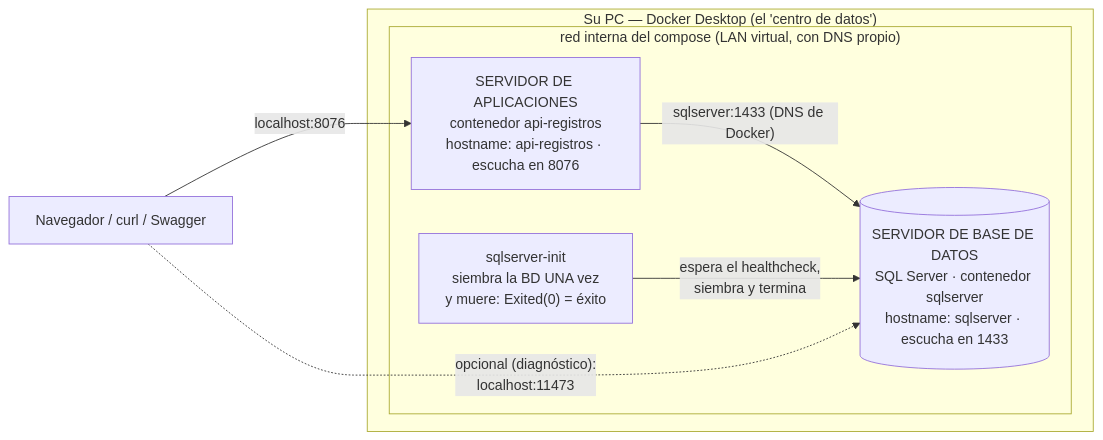
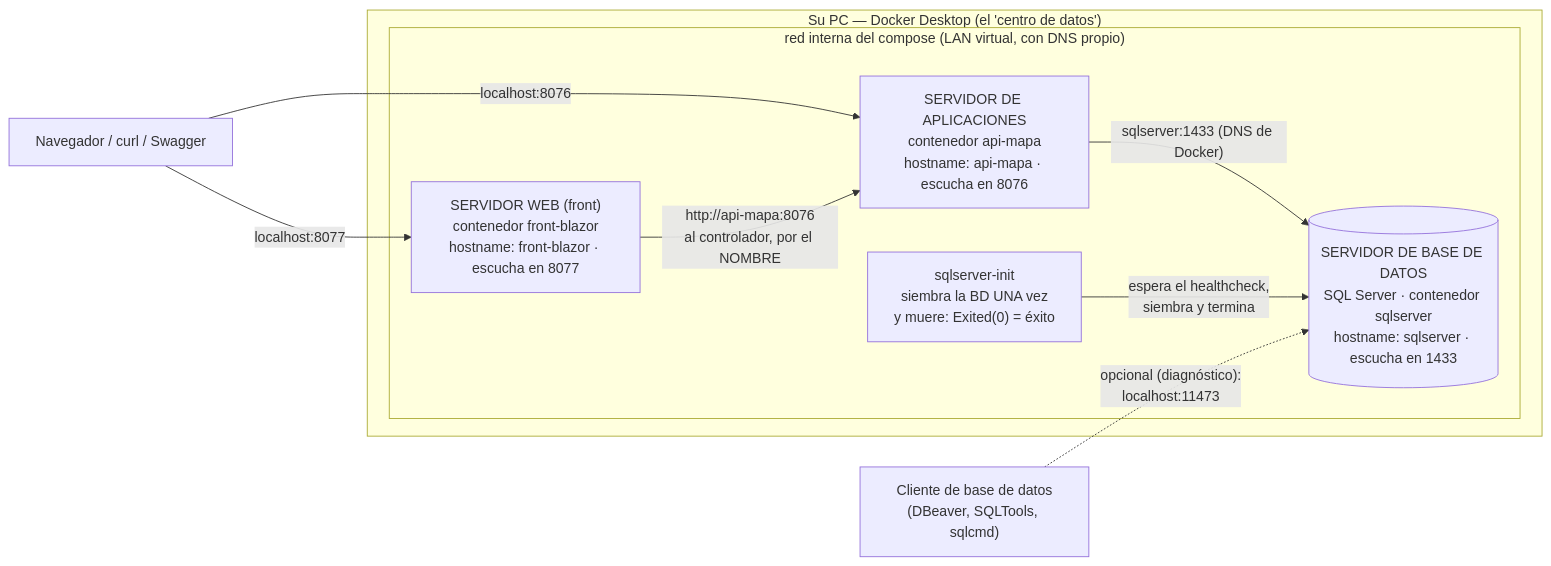
Before and after one commit to ccastro2050/proyecto_mapa_conocimiento1: the first of 2 diagrams in docs/CONCEPTOS_DOCKER.md, drawn with Mermaid. The commit also changed other lines of this file, not shown here.

First line of the commit message:
docs(docker): el diagrama sale del docker-compose real, y ninguna flecha miente

````diff
--- a/docs/CONCEPTOS_DOCKER.md
+++ b/docs/CONCEPTOS_DOCKER.md
@@ -194,15 +194,19 @@
 ```mermaid
 flowchart LR
     NAV["Navegador / curl / Swagger"]
+    CLIENTE["Cliente de base de datos<br/>(DBeaver, SQLTools, sqlcmd)"]
     subgraph PC["Su PC — Docker Desktop (el 'centro de datos')"]
         subgraph RED["red interna del compose (LAN virtual, con DNS propio)"]
-            APIFACTURAS["SERVIDOR DE APLICACIONES<br/>contenedor api-registros<br/>hostname: api-registros · escucha en 8076"]
+            FRONTBLAZOR["SERVIDOR WEB (front)<br/>contenedor front-blazor<br/>hostname: front-blazor · escucha en 8077"]
+            APIMAPA["SERVIDOR DE APLICACIONES<br/>contenedor api-mapa<br/>hostname: api-mapa · escucha en 8076"]
+            SQLSERVERINIT["sqlserver-init<br/>siembra la BD UNA vez<br/>y muere: Exited(0) = éxito"]
             SQLSERVER[("SERVIDOR DE BASE DE DATOS<br/>SQL Server · contenedor sqlserver<br/>hostname: sqlserver · escucha en 1433")]
-            SQLSERVERINIT["sqlserver-init<br/>siembra la BD UNA vez<br/>y muere: Exited(0) = éxito"]
         end
     end
-    NAV -->|"localhost:8076"| APIFACTURAS
-    APIFACTURAS -->|"sqlserver:1433 (DNS de Docker)"| SQLSERVER
+    NAV -->|"localhost:8076"| APIMAPA
+    NAV -->|"localhost:8077"| FRONTBLAZOR
+    APIMAPA -->|"sqlserver:1433 (DNS de Docker)"| SQLSERVER
+    FRONTBLAZOR -->|"http://api-mapa:8076<br/>al controlador, por el NOMBRE"| APIMAPA
     SQLSERVERINIT -->|"espera el healthcheck,<br/>siembra y termina"| SQLSERVER
-    NAV -.->|"opcional (diagnóstico):<br/>localhost:11473"| SQLSERVER
+    CLIENTE -.->|"opcional (diagnóstico):<br/>localhost:11473"| SQLSERVER
 ```
````
